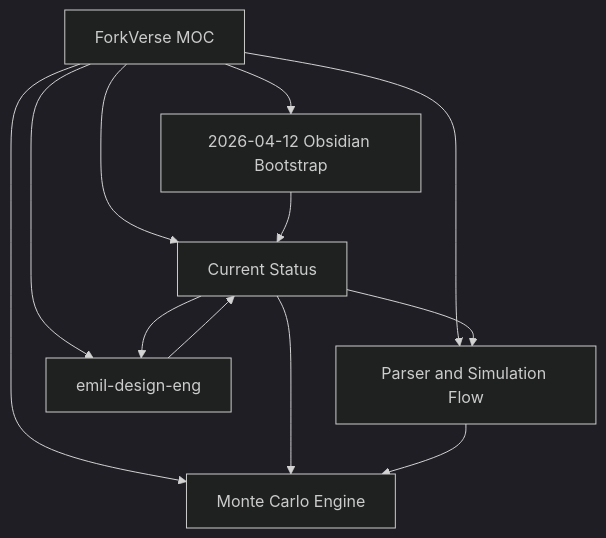
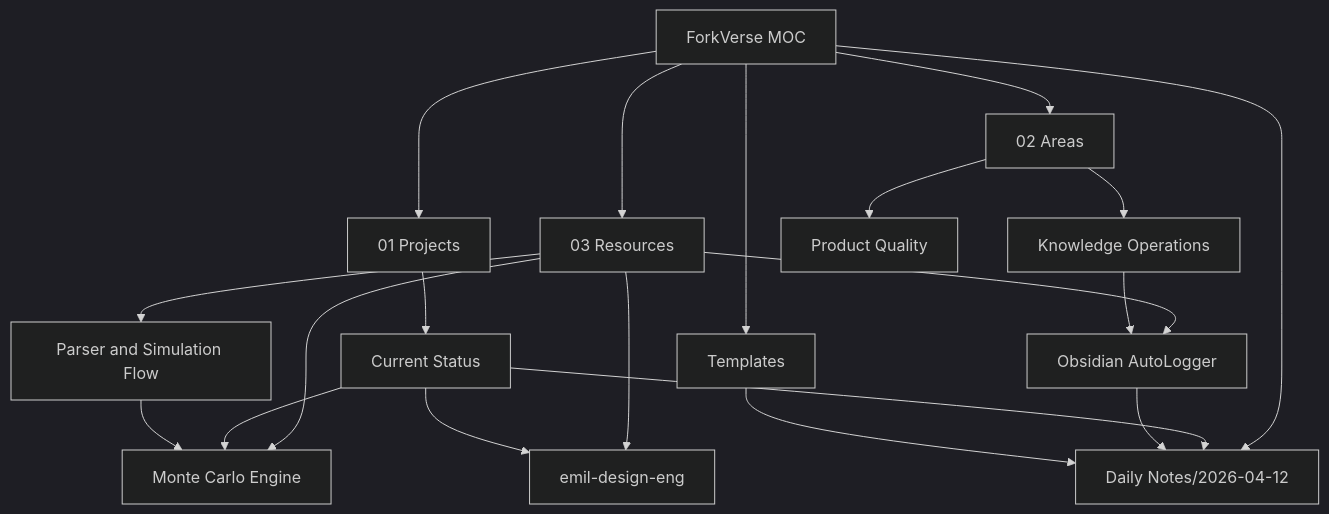
The diagram in Obsidian/ForkVerse MOC.md (dimadde39-del/Forkverse), drawn with Mermaid (dark theme) before and after one commit. The commit also changed other lines of this file and 31 other files, not shown here.

Commit message:
obsidian: full second brain setup with PARA, daily notes, templates and auto-logging

````diff
--- a/Obsidian/ForkVerse MOC.md
+++ b/Obsidian/ForkVerse MOC.md
@@ -24,14 +26,24 @@
 ```mermaid
 graph TD
-    MOC["ForkVerse MOC"] --> STATUS["Current Status"]
-    MOC --> FLOW["Parser and Simulation Flow"]
-    MOC --> MC["Monte Carlo Engine"]
-    MOC --> DESIGN["emil-design-eng"]
-    MOC --> INBOX["2026-04-12 Obsidian Bootstrap"]
-    STATUS --> FLOW
+    HUB["ForkVerse MOC"] --> PROJECTS["01 Projects"]
+    HUB --> AREAS["02 Areas"]
+    HUB --> RESOURCES["03 Resources"]
+    HUB --> DAILY["Daily Notes/2026-04-12"]
+    HUB --> TEMPLATES["Templates"]
+
+    PROJECTS --> STATUS["Current Status"]
+    AREAS --> OPS["Knowledge Operations"]
+    AREAS --> QUALITY["Product Quality"]
+    RESOURCES --> ARCH["Parser and Simulation Flow"]
+    RESOURCES --> MC["Monte Carlo Engine"]
+    RESOURCES --> DESIGN["emil-design-eng"]
+    RESOURCES --> AUTO["Obsidian AutoLogger"]
+
+    STATUS --> DAILY
     STATUS --> MC
     STATUS --> DESIGN
-    FLOW --> MC
-    DESIGN --> STATUS
-    INBOX --> STATUS
+    ARCH --> MC
+    OPS --> AUTO
+    AUTO --> DAILY
+    TEMPLATES --> DAILY
 ```
````
